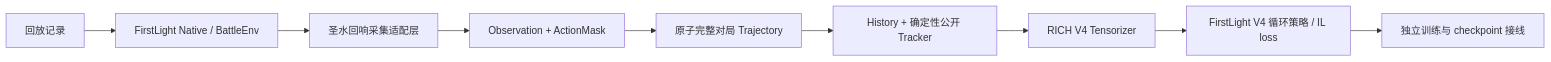
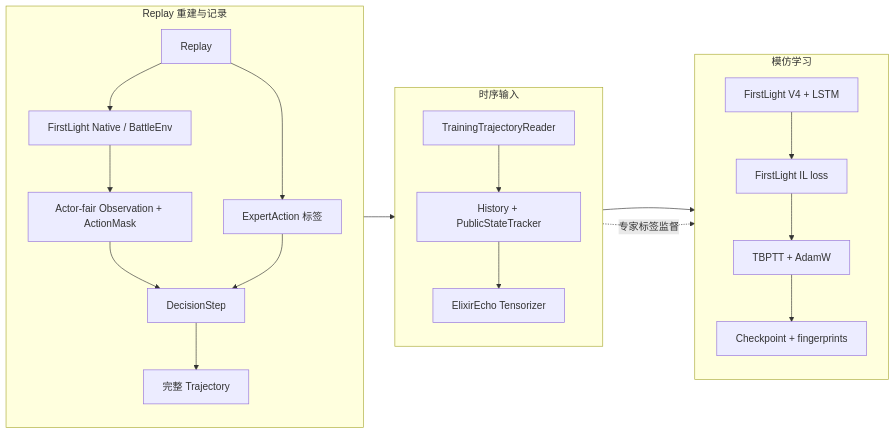
Before and after one commit to hero7014/ElixirEcho: the diagram in README.md, drawn with Mermaid. The commit also changed other lines of this file and 8 other files, not shown here.

````diff
--- a/README.md
+++ b/README.md
@@ -23,11 +29,26 @@
 ```mermaid
 flowchart LR
-  Replay[回放记录] --> Native[FirstLight Native / BattleEnv]
-  Native --> Capture[圣水回响采集适配层]
-  Capture --> Frame[Observation + ActionMask]
-  Frame --> Trajectory[原子完整对局 Trajectory]
-  Trajectory --> Temporal[History + 确定性公开 Tracker]
-  Temporal --> Tensorizer[RICH V4 Tensorizer]
-  Tensorizer --> Policy[FirstLight V4 循环策略 / IL loss]
-  Policy --> Checkpoint[独立训练与 checkpoint 接线]
+  subgraph Capture[Replay 重建与记录]
+    direction TB
+    Replay[Replay] --> Native[FirstLight Native / BattleEnv]
+    Native --> State[Actor-fair Observation + ActionMask]
+    Replay --> Label[ExpertAction 标签]
+    State --> Step[DecisionStep]
+    Label --> Step
+    Step --> Store[完整 Trajectory]
+  end
+  subgraph Prepare[时序输入]
+    direction TB
+    Reader[TrainingTrajectoryReader] --> Temporal[History + PublicStateTracker]
+    Temporal --> Tensorizer[ElixirEcho Tensorizer]
+  end
+  subgraph Train[模仿学习]
+    direction TB
+    V4[FirstLight V4 + LSTM] --> Loss[FirstLight IL loss]
+    Loss --> Updates[TBPTT + AdamW]
+    Updates --> Checkpoint[Checkpoint + fingerprints]
+  end
+  Store --> Reader
+  Tensorizer --> V4
+  Reader -. 专家标签监督 .-> Loss
 ```
````
